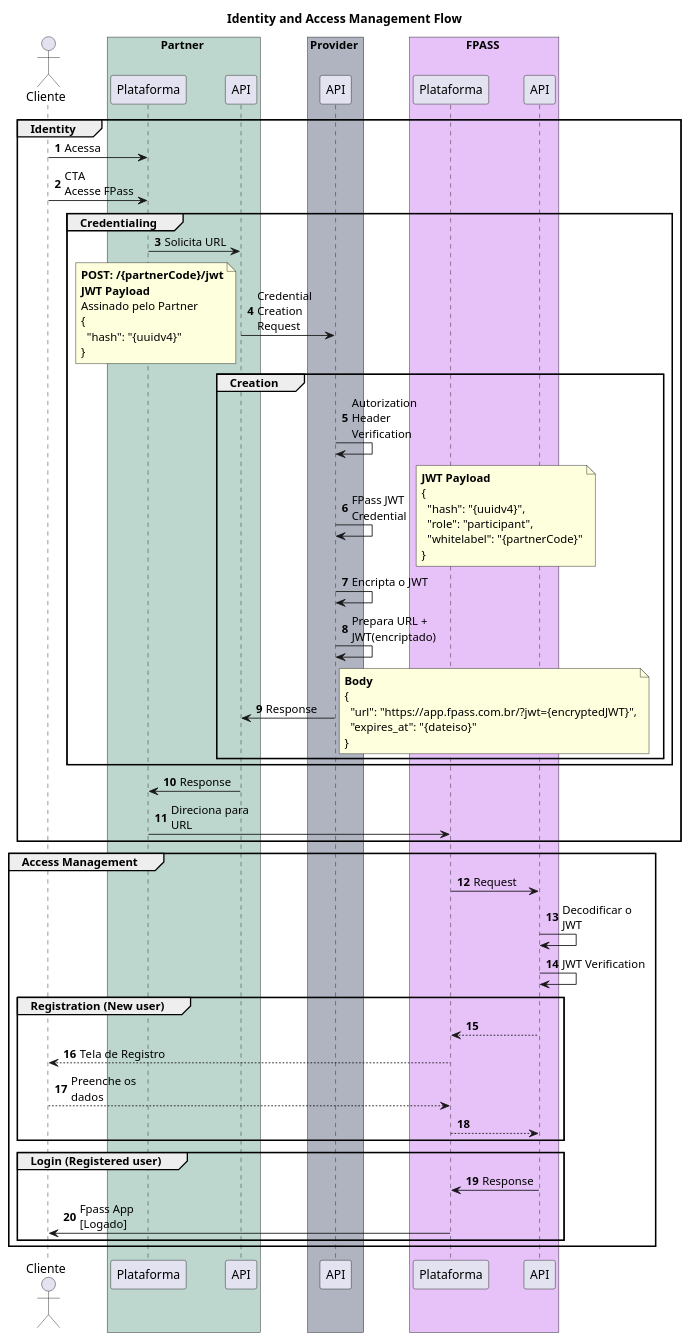
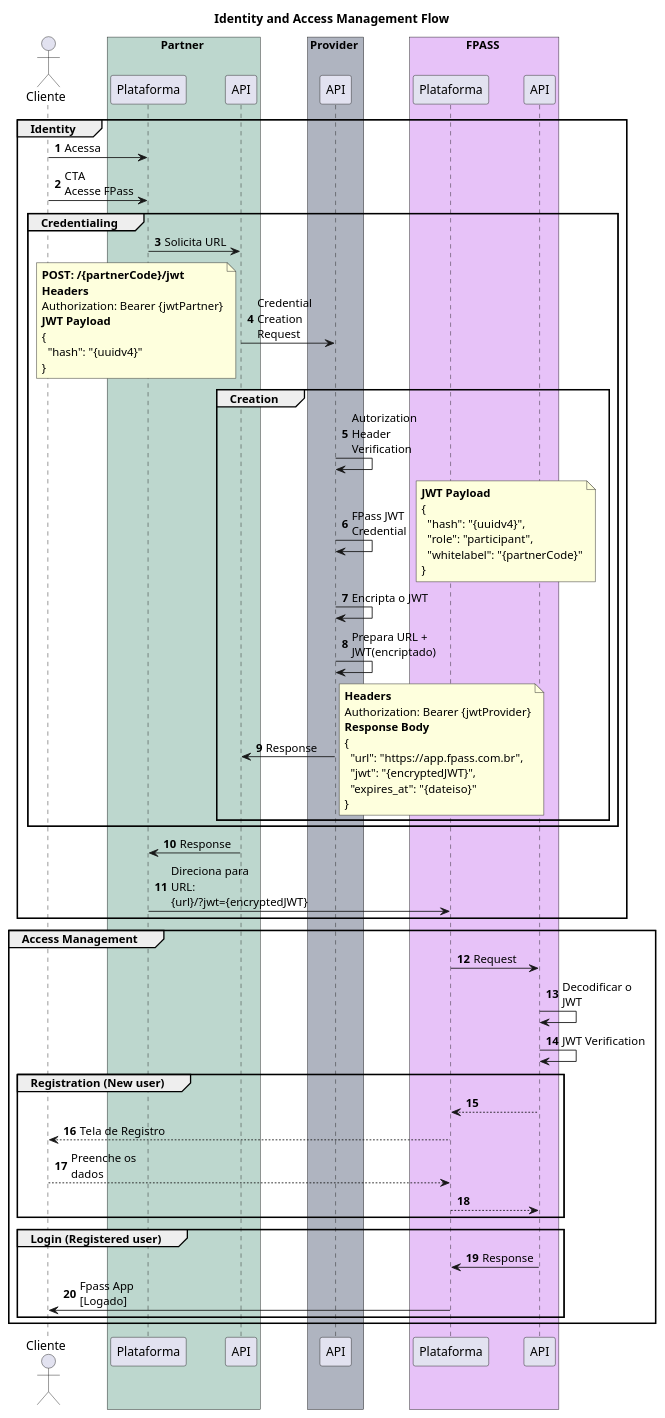
Before and after one commit to Holding-Fpass/iam-provider-sdk: the diagram in uml/iam-overview.iuml, drawn with PlantUML. The commit also changed 1 other file, not shown here.

Commit message:
Authorization Headers; Response Body; Signing default

```diff
--- a/uml/iam-overview.iuml
+++ b/uml/iam-overview.iuml
@@ -1,82 +1,86 @@
 @startuml IAM Flow
 title Identity and Access Management Flow
 autonumber
 skinparam MaxMessageSize 100
 
 actor Cliente
 
 box Partner #2d7f6250
 participant "Plataforma" as PartnerApp
 participant "API" as PartnerAPI
 end box
 
 box Provider #03113650
 participant "API" as ProviderAPI
 end box
 
 box FPASS #b43de750
 participant "Plataforma" as FpassApp
 participant "API" as FpassAPI
 end box
 
 group Identity
 Cliente -> PartnerApp: Acessa
 Cliente -> PartnerApp: CTA\nAcesse FPass
 
 group Credentialing
 
 PartnerApp -> PartnerAPI: Solicita URL
 PartnerAPI -> ProviderAPI: Credential Creation Request
 note left
 **POST: /{partnerCode}/jwt**
+**Headers**
+Authorization: Bearer {jwtPartner}
 **JWT Payload**
-Assinado pelo Partner
 {
   "hash": "{uuidv4}"
 }
 end note
 group Creation
 ProviderAPI -> ProviderAPI: Autorization Header Verification
 ProviderAPI -> ProviderAPI: FPass JWT Credential
 note right
 **JWT Payload**
 {
   "hash": "{uuidv4}",
   "role": "participant",
   "whitelabel": "{partnerCode}"
 }
 end note
 ProviderAPI -> ProviderAPI: Encripta o JWT
 ProviderAPI -> ProviderAPI: Prepara URL + JWT(encriptado)
 ProviderAPI -> PartnerAPI: Response
 note right
-**Body**
+**Headers**
+Authorization: Bearer {jwtProvider}
+**Response Body**
 {
-  "url": "https://app.fpass.com.br/?jwt={encryptedJWT}",
+  "url": "https://app.fpass.com.br",
+  "jwt": "{encryptedJWT}",
   "expires_at": "{dateiso}"
 }
 end note
 end
 end
 PartnerAPI -> PartnerApp: Response
-PartnerApp -> FpassApp: Direciona para URL
+PartnerApp -> FpassApp: Direciona para URL: {url}/?jwt={encryptedJWT}
 end
 
 group Access Management
 FpassApp -> FpassAPI: Request
 FpassAPI -> FpassAPI: Decodificar o JWT
 FpassAPI -> FpassAPI: JWT Verification
 group Registration (New user)
 FpassAPI --> FpassApp
 FpassApp --> Cliente: Tela de Registro
 Cliente --> FpassApp: Preenche os dados
 FpassApp --> FpassAPI
 end
 group Login (Registered user)
 FpassAPI -> FpassApp: Response
 FpassApp -> Cliente: Fpass App [Logado]
 end
 end
 
 
 @enduml
```
